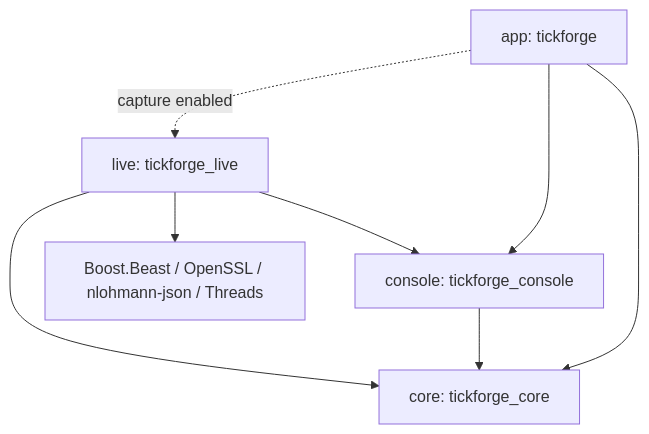
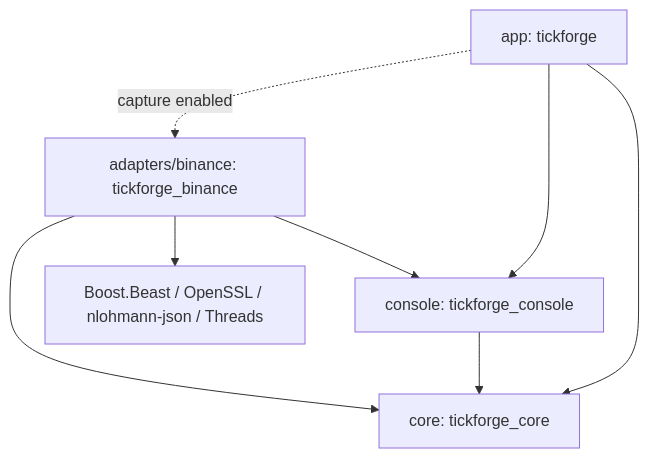
Before and after one commit to Prorok1015/tickforge: the first of 3 diagrams in docs/code-map.md, drawn with Mermaid. The commit also changed other lines of this file and 17 other files, not shown here.

````diff
--- a/docs/code-map.md
+++ b/docs/code-map.md
@@ -50,10 +52,10 @@
 ```mermaid
 flowchart TD
     App["app: tickforge"] --> Core["core: tickforge_core"]
     App --> Console["console: tickforge_console"]
-    App -. "capture enabled" .-> Live["live: tickforge_live"]
+    App -. "capture enabled" .-> Live["adapters/binance: tickforge_binance"]
     Console --> Core
     Live --> Core
     Live --> Console
     Live --> External["Boost.Beast / OpenSSL / nlohmann-json / Threads"]
 ```
````
